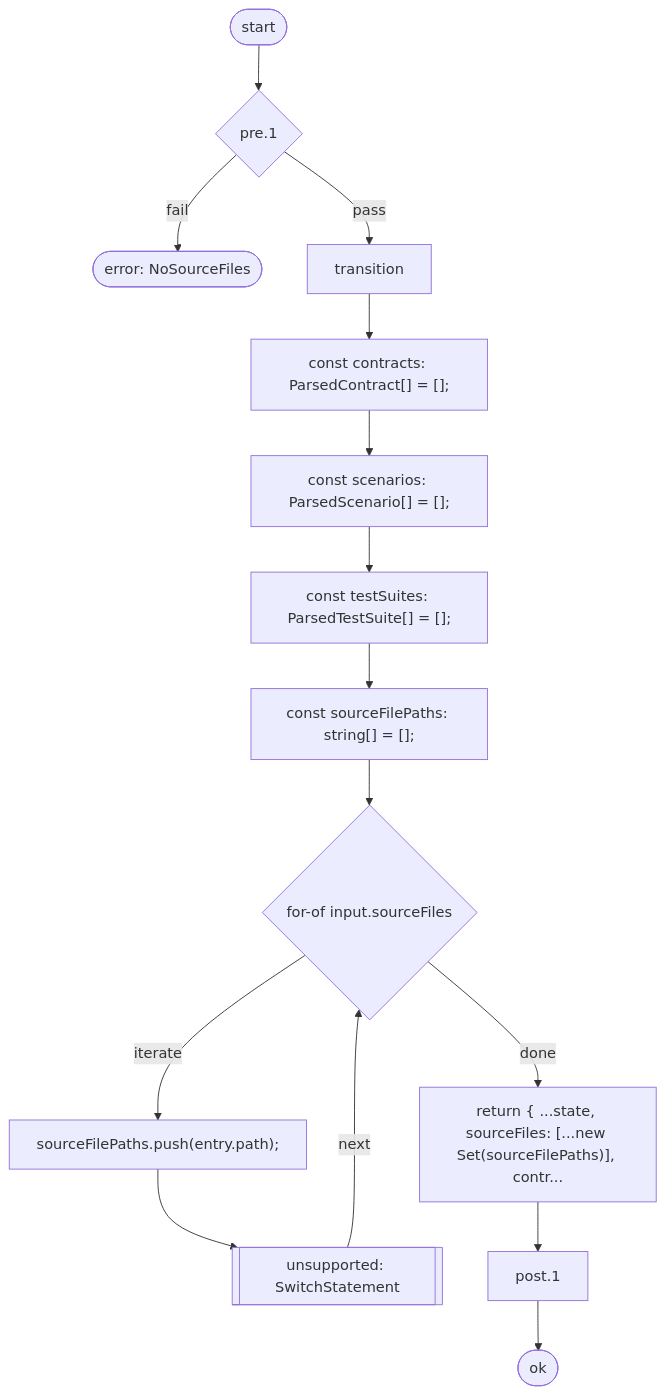
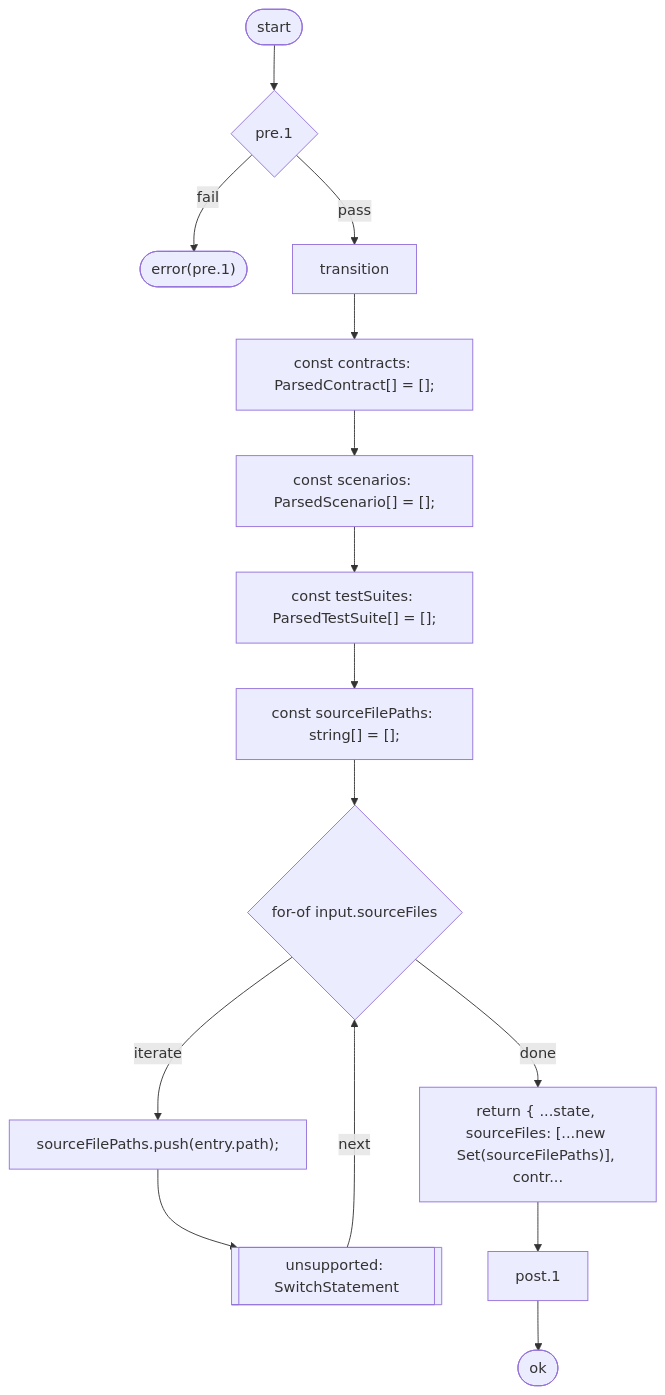
Before and after one commit to fyuuki0jp/seizu: the seventh of 13 diagrams in packages/kata-cli/docs/contracts.md, drawn with Mermaid. The commit also changed other lines of this file and 78 other files, not shown here.

````diff
--- a/packages/kata-cli/docs/contracts.md
+++ b/packages/kata-cli/docs/contracts.md
@@ -445,31 +445,31 @@
 ```mermaid
 flowchart TD
   n1(["start"])
   n2(["ok"])
   n3{"pre.1"}
-  n4(["error: NoSourceFiles"])
+  n4(["error(pre.1)"])
   n5["transition"]
   n6["const contracts: ParsedContract[] = [];"]
   n7["const scenarios: ParsedScenario[] = [];"]
   n8["const testSuites: ParsedTestSuite[] = [];"]
   n9["const sourceFilePaths: string[] = [];"]
   n10{"for-of input.sourceFiles"}
   n11["sourceFilePaths.push(entry.path);"]
   n12[["unsupported: SwitchStatement"]]
   n13["return { ...state, sourceFiles: [...new Set(sourceFilePaths)], contr..."]
   n14["post.1"]
   n1 --> n3
   n3 -->|fail| n4
   n3 -->|pass| n5
   n5 --> n6
   n6 --> n7
   n7 --> n8
   n8 --> n9
   n9 --> n10
   n10 -->|iterate| n11
   n10 -->|done| n13
   n11 --> n12
   n12 -->|next| n10
   n13 --> n14
   n14 --> n2
 ```
````
